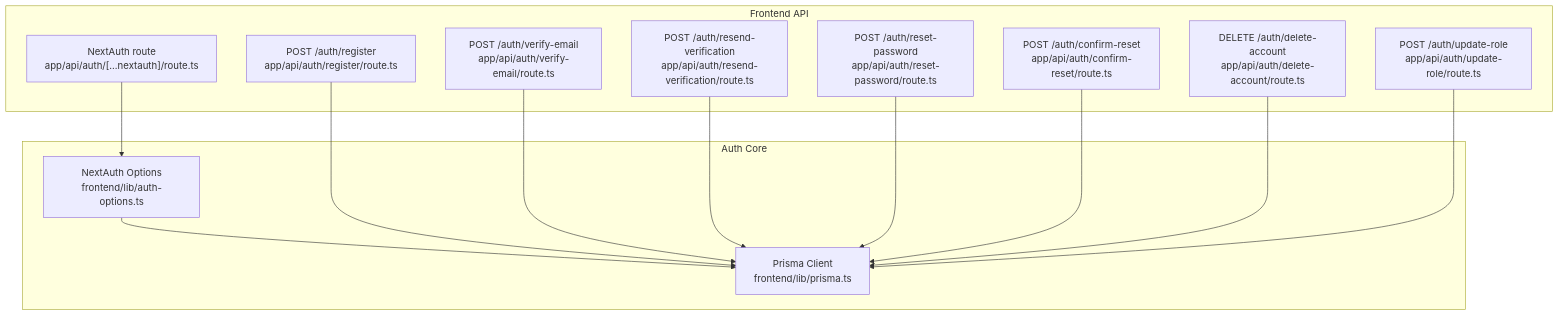
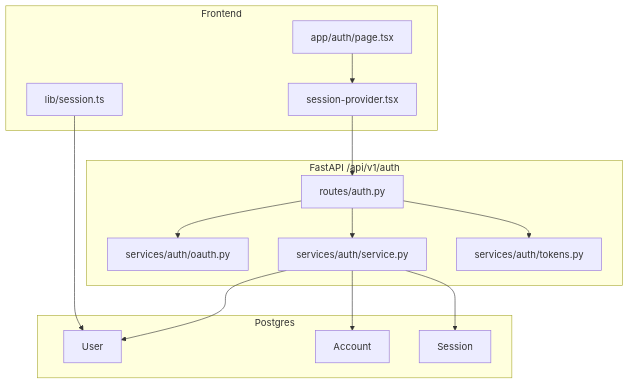
One commit to tashifkhan/tashif.codes changed the first of 5 diagrams in src/data/docs/talentsync/Backend API Reference/Authentication API.md. Above: the diagram before and after it, drawn with Mermaid. The commit also changed other lines of this file and 2128 other files, not shown here.

First line of the commit message:
docs: replace raster diagram images with native Mermaid across project guides

````diff
--- a/src/data/docs/talentsync/Backend API Reference/Authentication API.md
+++ b/src/data/docs/talentsync/Backend API Reference/Authentication API.md
@@ -9,26 +9,28 @@
 ```mermaid
 graph TB
-subgraph "Frontend API"
-NA["NextAuth route<br/>app/api/auth/[...nextauth]/route.ts"]
-REG["POST /auth/register<br/>app/api/auth/register/route.ts"]
-VER["POST /auth/verify-email<br/>app/api/auth/verify-email/route.ts"]
-RV["POST /auth/resend-verification<br/>app/api/auth/resend-verification/route.ts"]
-RP["POST /auth/reset-password<br/>app/api/auth/reset-password/route.ts"]
-CR["POST /auth/confirm-reset<br/>app/api/auth/confirm-reset/route.ts"]
-DA["DELETE /auth/delete-account<br/>app/api/auth/delete-account/route.ts"]
-UR["POST /auth/update-role<br/>app/api/auth/update-role/route.ts"]
+subgraph "Frontend"
+AUTHUI["app/auth/page.tsx"]
+SP["session-provider.tsx"]
+SESS["lib/session.ts"]
 end
-subgraph "Auth Core"
-AO["NextAuth Options<br/>frontend/lib/auth-options.ts"]
-PRISMA["Prisma Client<br/>frontend/lib/prisma.ts"]
+subgraph "FastAPI /api/v1/auth"
+R["routes/auth.py"]
+OAUTH["services/auth/oauth.py"]
+SVC["services/auth/service.py"]
+TOK["services/auth/tokens.py"]
 end
-NA --> AO
-AO --> PRISMA
-REG --> PRISMA
-VER --> PRISMA
-RV --> PRISMA
-RP --> PRISMA
-CR --> PRISMA
-DA --> PRISMA
-UR --> PRISMA
+subgraph "Postgres"
+U["User"]
+A["Account"]
+S["Session"]
+end
+AUTHUI --> SP
+SP --> R
+SESS --> U
+R --> OAUTH
+R --> SVC
+R --> TOK
+SVC --> U
+SVC --> A
+SVC --> S
 ```
````
